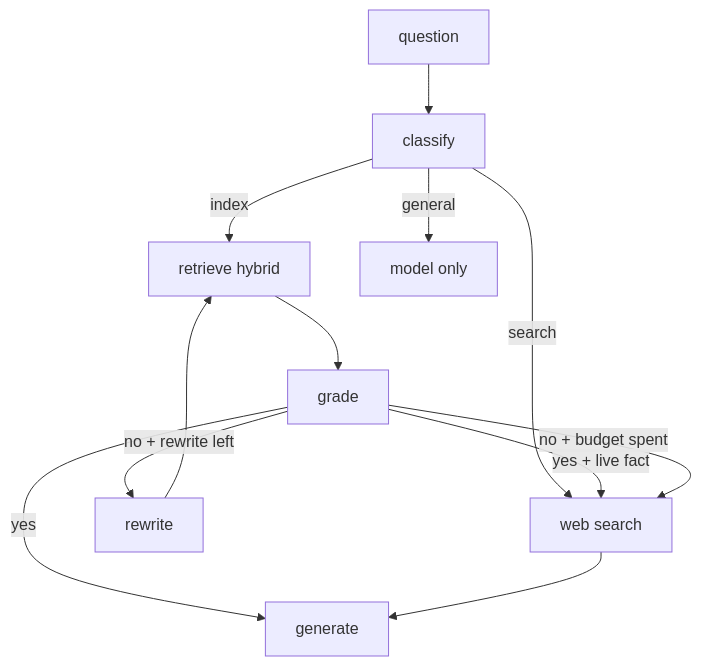
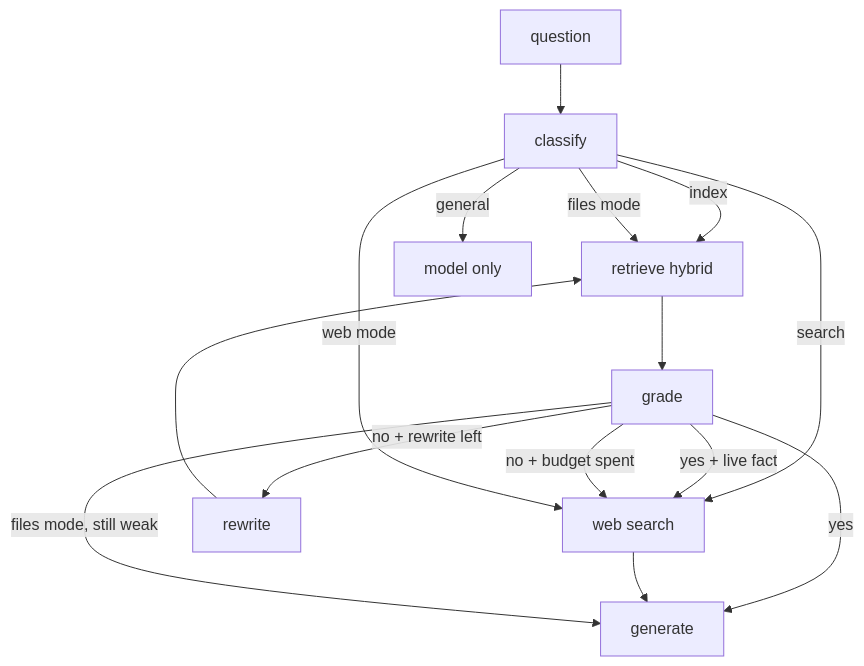
One commit to uditbh1/Adaptive-RAG changed the first of 3 diagrams in README.md. Above: the diagram before and after it, drawn with Mermaid. The commit also changed other lines of this file and 14 other files, not shown here.

````diff
--- a/README.md
+++ b/README.md
@@ -7,14 +7,17 @@
 ```mermaid
 flowchart TD
   Q[question] --> C[classify]
   C -->|index| R[retrieve hybrid]
   C -->|search| W[web search]
   C -->|general| G[model only]
   R --> GR[grade]
   GR -->|yes + live fact| W
   GR -->|yes| GEN[generate]
   GR -->|no + rewrite left| RW[rewrite]
   RW --> R
   GR -->|no + budget spent| W
   W --> GEN
+  C -->|files mode| R
+  C -->|web mode| W
+  GR -->|files mode, still weak| GEN
 ```
````
